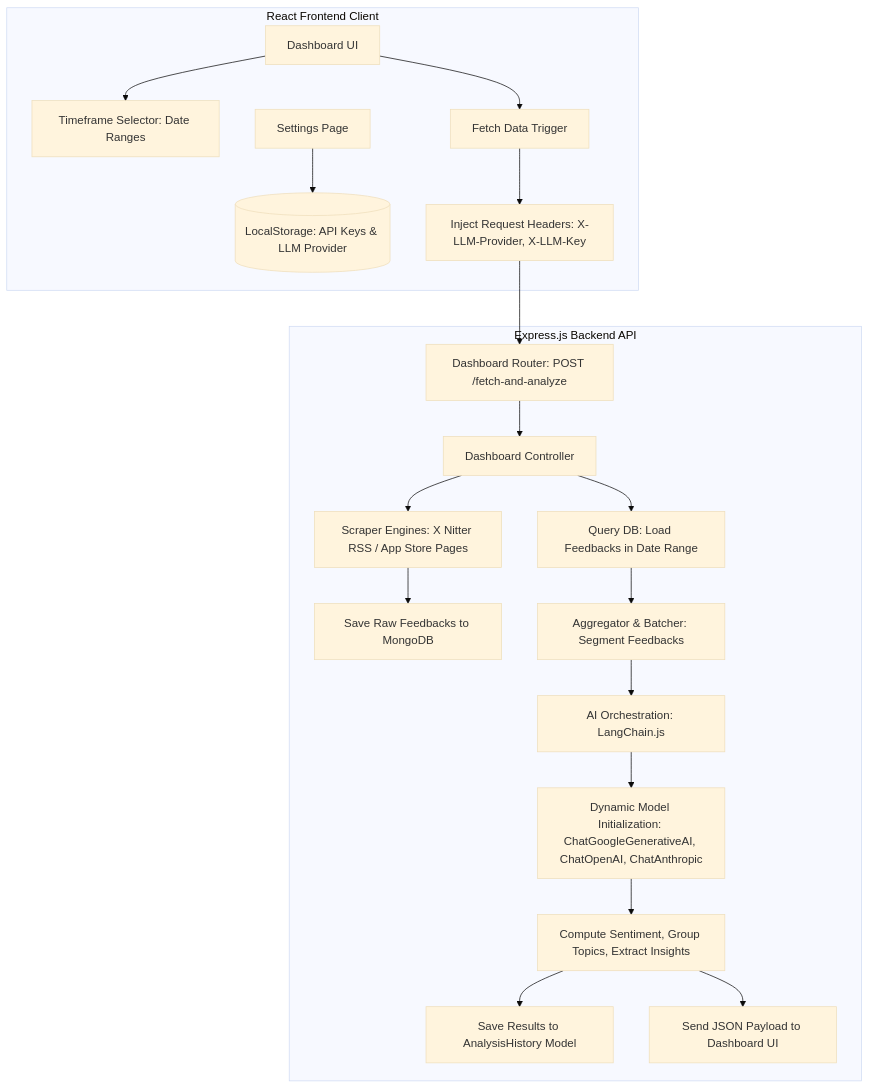
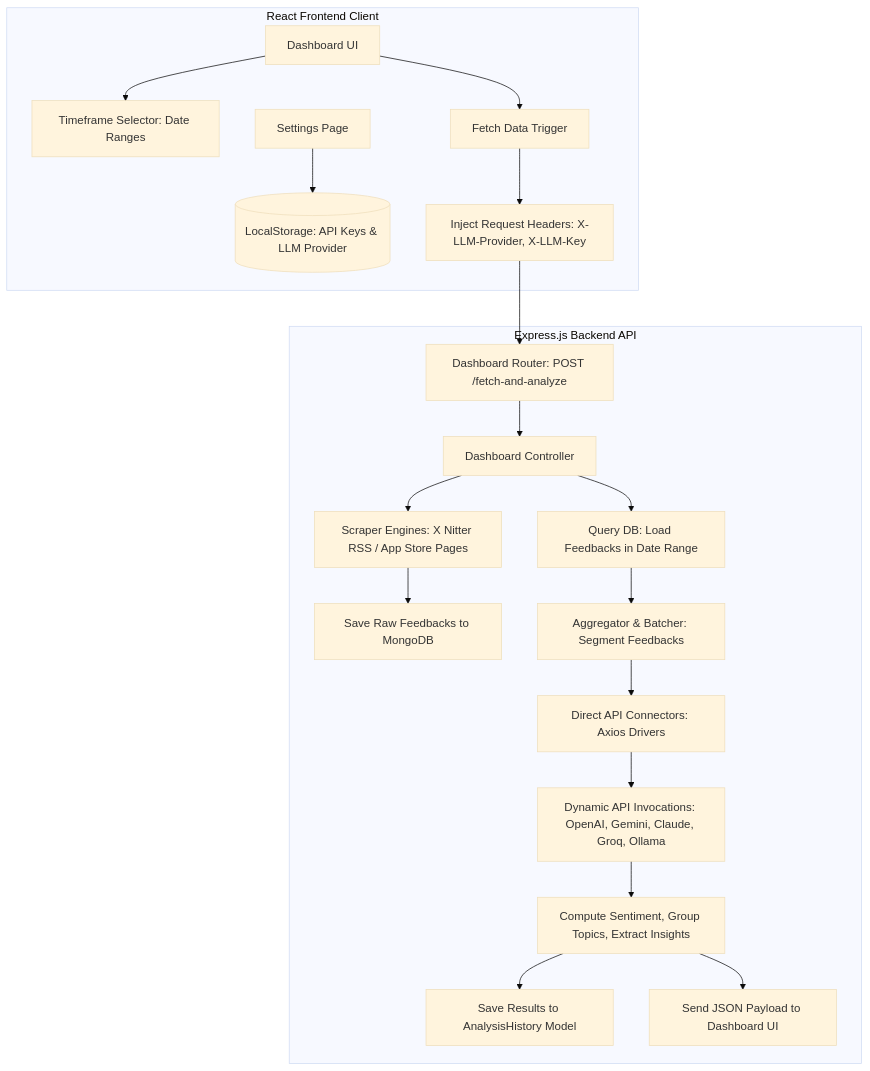
The diagram in agents.md (manasdutta04/prysm), drawn with Mermaid (base theme) before and after one commit. The commit also changed 3 other files, not shown here.

Commit message:
docs: add technical architecture, vision, scope, and ownership documentation to project directory

````diff
--- a/agents.md
+++ b/agents.md
@@ -11,27 +11,27 @@
 ```mermaid
 graph TD
     subgraph Client [React Frontend Client]
         UI[Dashboard UI] --> Selector[Timeframe Selector: Date Ranges]
         UI --> Fetch[Fetch Data Trigger]
         Settings[Settings Page] --> LocalStorage[(LocalStorage: API Keys & LLM Provider)]
         Fetch --> Headers[Inject Request Headers: X-LLM-Provider, X-LLM-Key]
     end
 
     subgraph Server [Express.js Backend API]
         Headers --> Router[Dashboard Router: POST /fetch-and-analyze]
         Router --> Controller[Dashboard Controller]
         
         Controller --> Scrapers[Scraper Engines: X Nitter RSS / App Store Pages]
         Scrapers --> DBStore[Save Raw Feedbacks to MongoDB]
         
         Controller --> Query[Query DB: Load Feedbacks in Date Range]
         Query --> Batcher[Aggregator & Batcher: Segment Feedbacks]
         
-        Batcher --> AIOrchestrator[AI Orchestration: LangChain.js]
-        AIOrchestrator --> LLM[Dynamic Model Initialization: ChatGoogleGenerativeAI, ChatOpenAI, ChatAnthropic]
+        Batcher --> AIOrchestrator[Direct API Connectors: Axios Drivers]
+        AIOrchestrator --> LLM[Dynamic API Invocations: OpenAI, Gemini, Claude, Groq, Ollama]
         
         LLM --> Analysis[Compute Sentiment, Group Topics, Extract Insights]
         Analysis --> HistoryStore[Save Results to AnalysisHistory Model]
         Analysis --> Response[Send JSON Payload to Dashboard UI]
     end
 ```
````
